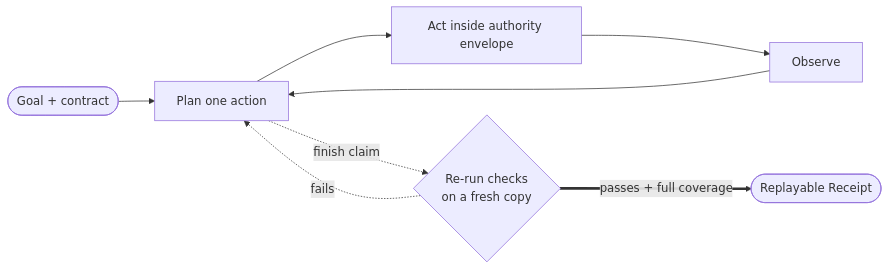
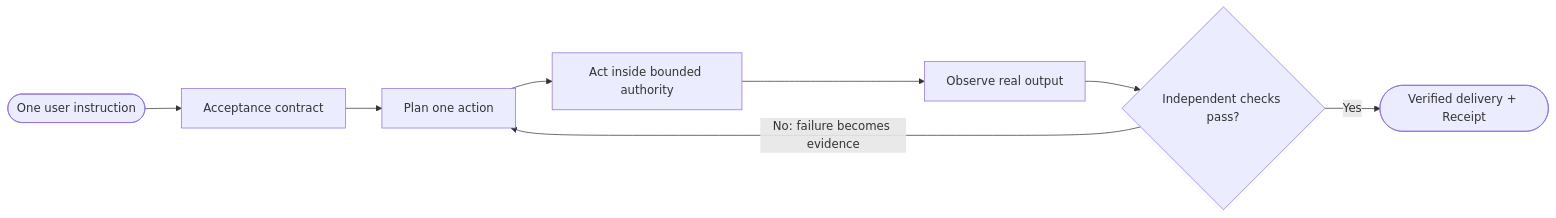
The diagram in README.md (chriswu727/loop-agent), drawn with Mermaid before and after one commit. The commit also changed other lines of this file and 16 other files, not shown here.

````diff
--- a/README.md
+++ b/README.md
@@ -40,10 +38,10 @@
 ```mermaid
 flowchart LR
-    G(["Goal + contract"]) --> P["Plan one action"]
-    P --> A["Act inside authority envelope"]
-    A --> O["Observe"]
-    O --> P
-    P -. "finish claim" .-> V{"Re-run checks\non a fresh copy"}
-    V -. "fails" .-> P
-    V == "passes + full coverage" ==> R(["Replayable Receipt"])
+    U(["One user instruction"]) --> C["Acceptance contract"]
+    C --> P["Plan one action"]
+    P --> A["Act inside bounded authority"]
+    A --> O["Observe real output"]
+    O --> V{"Independent checks pass?"}
+    V -- "No: failure becomes evidence" --> P
+    V -- "Yes" --> D(["Verified delivery + Receipt"])
 ```
````
